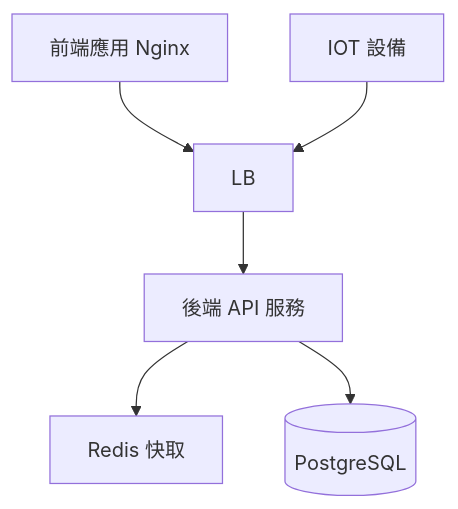
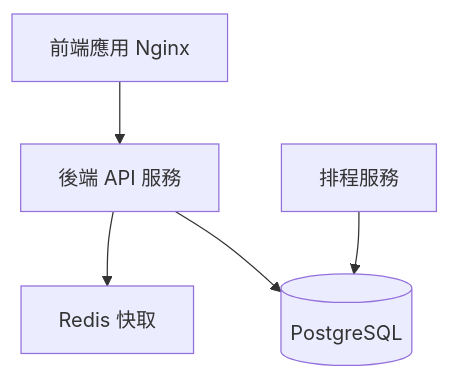
The second of 2 diagrams in plan/backend_prd.md (sacahan/CSCFlow), drawn with Mermaid before and after one commit. The commit also changed other lines of this file and 24 other files, not shown here.

````diff
--- a/plan/backend_prd.md
+++ b/plan/backend_prd.md
@@ -349,14 +371,13 @@
 ```mermaid
 graph TB
     Client[前端應用 Nginx]
     API[後端 API 服務]
+    Scheduler[排程服務]
     Cache[Redis 快取]
     DB[(PostgreSQL)]
-    IOT[IOT 設備]
 
-    Client --> LB
-    IOT --> LB
-    LB --> API
+    Client --> API
     API --> Cache
     API --> DB
+    Scheduler --> DB
 ```
````
